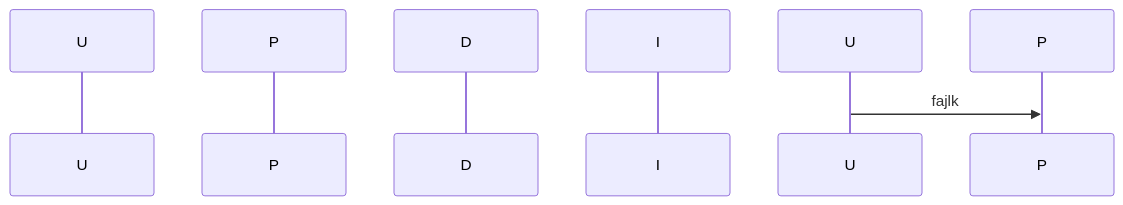
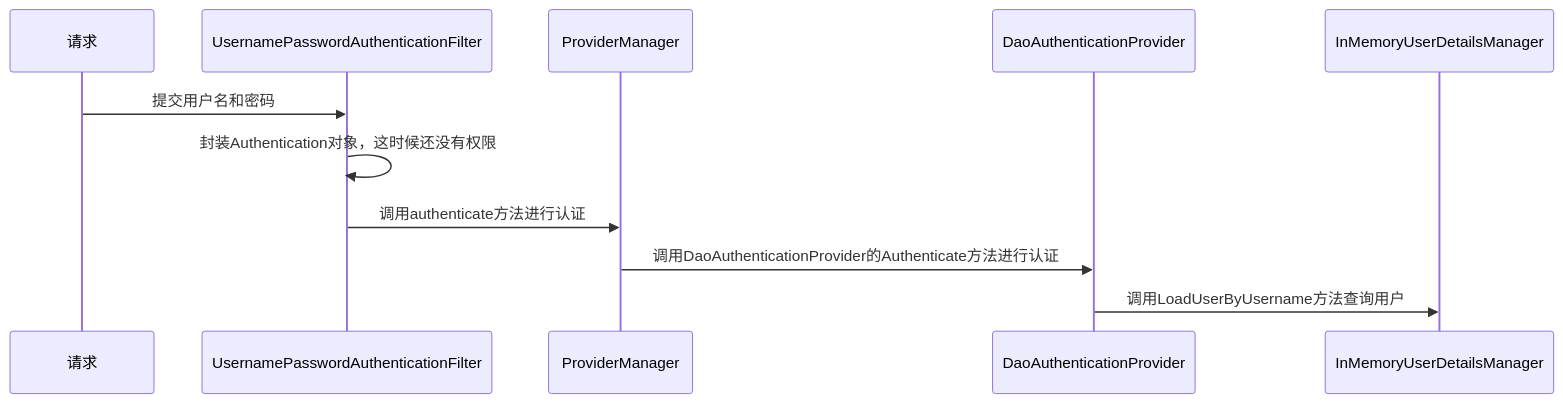
The third of 3 diagrams in 计算机/JavaWeb/后端/Spring Security.md (poppop9/obsidian), drawn with Mermaid before and after one commit. The commit also changed 2 other files, not shown here.

Commit message:
vault backup: 2024-04-30 00:56:48

````diff
--- a/计算机/JavaWeb/后端/Spring Security.md
+++ b/计算机/JavaWeb/后端/Spring Security.md
@@ -42,9 +42,15 @@
 ```mermaid
 sequenceDiagram
-    participant UsernamePasswordAuthenticationFilter AS U
-    participant ProviderManager AS P
-	participant DaoAuthenticationProvider AS D
-	participant InMemoryUserDetailsManager AS I
+    participant 请求
+    participant U AS UsernamePasswordAuthenticationFilter
+    participant P AS ProviderManager
+	participant D AS DaoAuthenticationProvider
+	participant I AS InMemoryUserDetailsManager
 
-	U->>P: fajlk
+	请求->>U: 提交用户名和密码
+	U->>U: 封装Authentication对象，这时候还没有权限
+	U->>P: 调用authenticate方法进行认证
+	P->>D: 调用DaoAuthenticationProvider的Authenticate方法进行认证
+	D->>I: 调用LoadUserByUsername方法查询用户
+	
 ```
````
